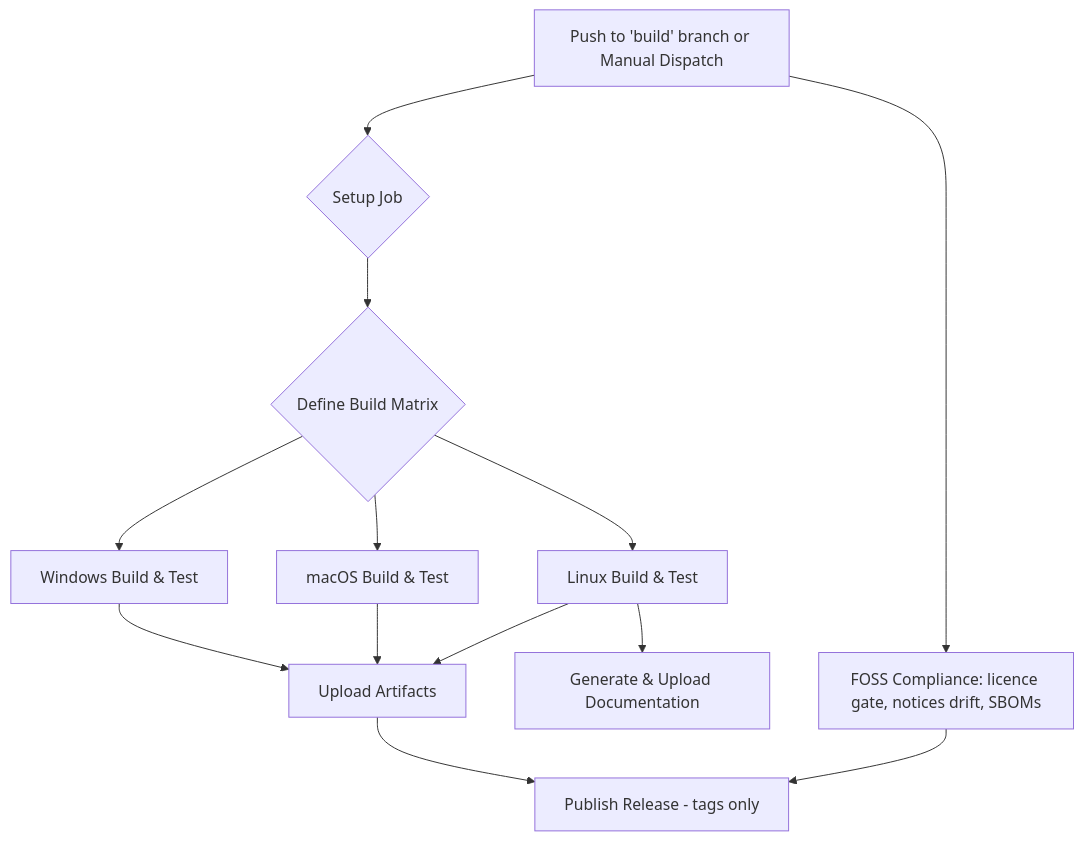
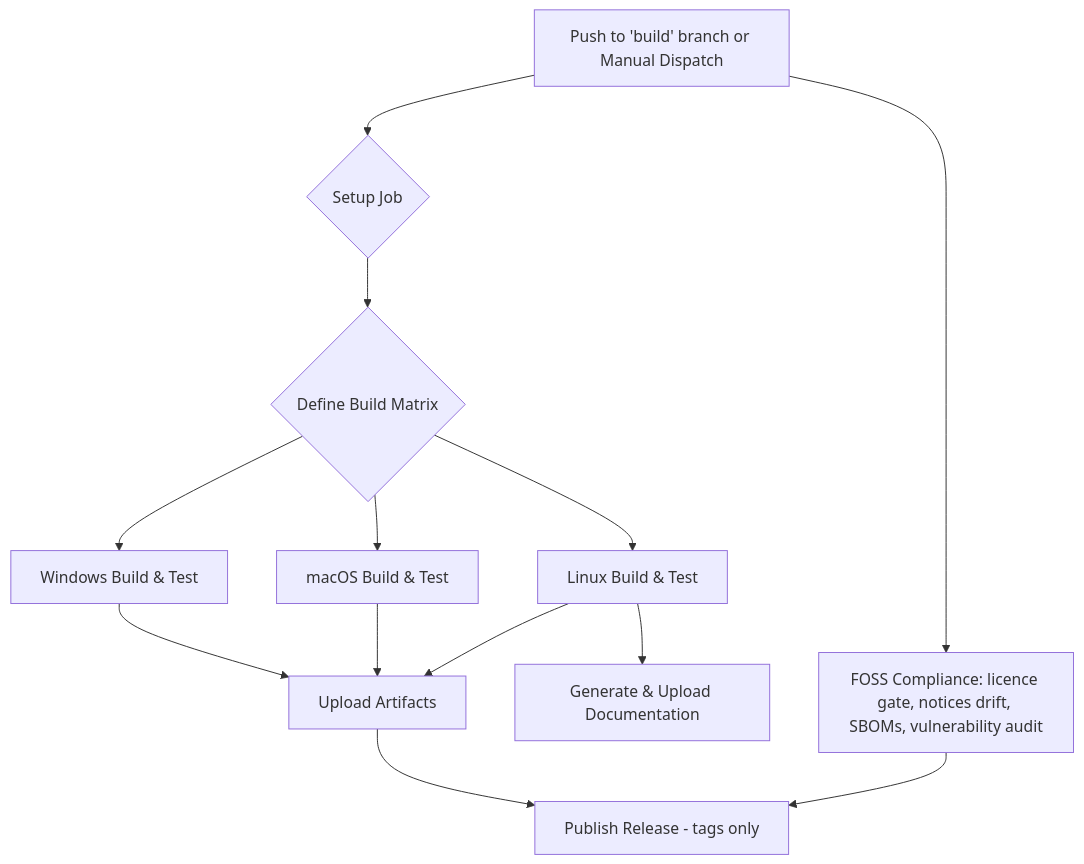
One commit to blessia-blessini/lattice changed the fourth of 8 diagrams in docs/30-architecture.md. Above: the diagram before and after it, drawn with Mermaid. The commit also changed other lines of this file and 11 other files, not shown here.

````diff
--- a/docs/30-architecture.md
+++ b/docs/30-architecture.md
@@ -291,18 +291,18 @@
 ```mermaid
 graph TD
     A[Push to 'build' branch or Manual Dispatch] --> B{Setup Job};
     B --> C{Define Build Matrix};
     C --> D1[Windows Build & Test];
     C --> D2[macOS Build & Test];
     C --> D3[Linux Build & Test];
     
     D1 --> E[Upload Artifacts];
     D2 --> E[Upload Artifacts];
     D3 --> E[Upload Artifacts];
 
     D3 --> F[Generate & Upload Documentation];
 
-    A --> G[FOSS Compliance: licence gate, notices drift, SBOMs];
+    A --> G[FOSS Compliance: licence gate, notices drift, SBOMs, vulnerability audit];
     E --> H[Publish Release - tags only];
     G --> H;
 ```
````
